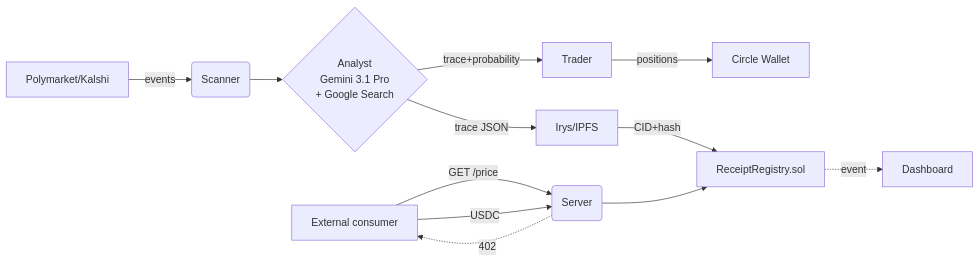
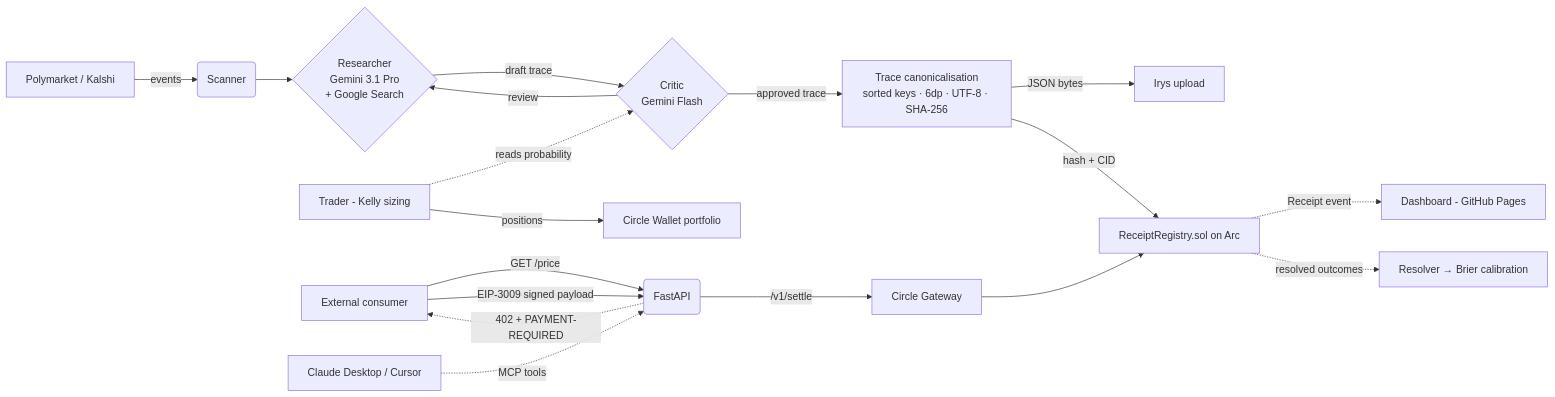
The diagram in README.md (tang-vu/reasoning-receipt), drawn with Mermaid before and after one commit. The commit also changed other lines of this file and 1 other file, not shown here.

````diff
--- a/README.md
+++ b/README.md
@@ -22,14 +45,20 @@
 ```mermaid
 graph LR
-  A[Polymarket/Kalshi] -->|events| B(Scanner)
-  B --> C{Analyst<br/>Gemini 3.1 Pro<br/>+ Google Search}
-  C -->|trace+probability| D[Trader]
-  D -->|positions| E[Circle Wallet]
-  C -->|trace JSON| F[Irys/IPFS]
-  F -->|CID+hash| G[ReceiptRegistry.sol]
-  G -.->|event| H[Dashboard]
-  I[External consumer] -->|GET /price| J(Server)
-  J -.->|402| I
-  I -->|USDC| J
-  J --> G
+  A[Polymarket / Kalshi] -->|events| B(Scanner)
+  B --> R{Researcher<br/>Gemini 3.1 Pro<br/>+ Google Search}
+  R -->|draft trace| K{Critic<br/>Gemini Flash}
+  K -->|review| R
+  K -->|approved trace| S[Trace canonicalisation<br/>sorted keys · 6dp · UTF-8 · SHA-256]
+  S -->|JSON bytes| F[Irys upload]
+  S -->|hash + CID| G[ReceiptRegistry.sol on Arc]
+  G -.->|Receipt event| H[Dashboard - GitHub Pages]
+  G -.->|resolved outcomes| Q[Resolver → Brier calibration]
+  D[Trader - Kelly sizing] -.->|reads probability| K
+  D -->|positions| E[Circle Wallet portfolio]
+  I[External consumer] -->|GET /price| J(FastAPI)
+  J -.->|402 + PAYMENT-REQUIRED| I
+  I -->|EIP-3009 signed payload| J
+  J -->|/v1/settle| C[Circle Gateway]
+  C --> G
+  M[Claude Desktop / Cursor] -.->|MCP tools| J
 ```
````
